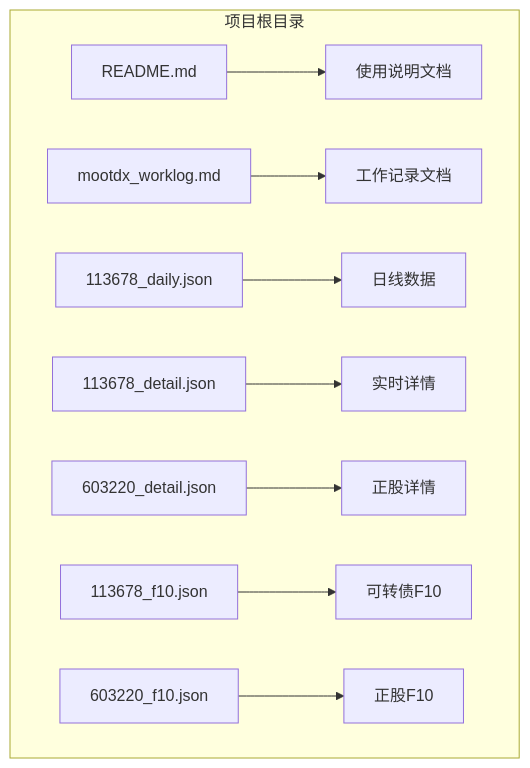
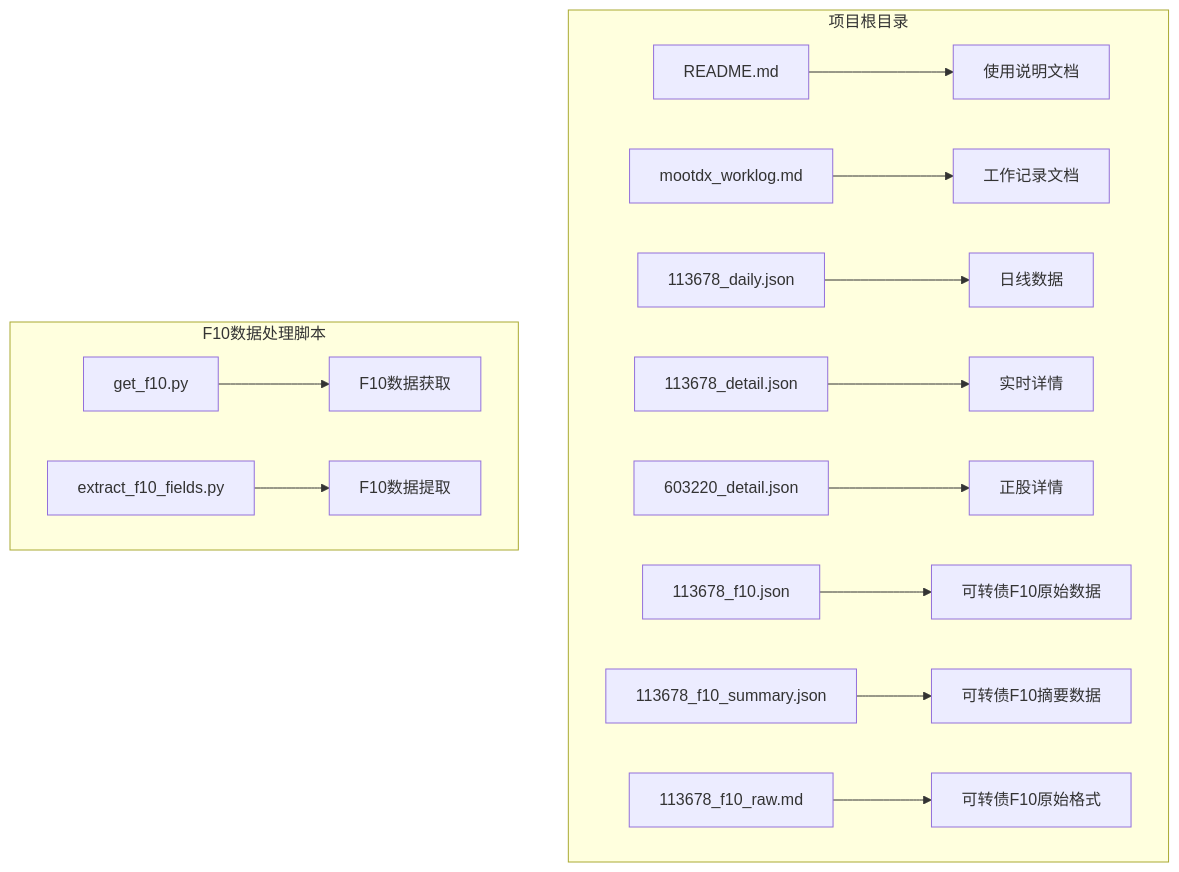
One commit to MORECORIANDERS/SCBE-web changed the first of 13 diagrams in .qoder/repowiki/zh/content/使用示例与最佳实践.md. Above: the diagram before and after it, drawn with Mermaid. The commit also changed other lines of this file and 16 other files, not shown here.

````diff
--- a/.qoder/repowiki/zh/content/使用示例与最佳实践.md
+++ b/.qoder/repowiki/zh/content/使用示例与最佳实践.md
@@ -34,12 +46,17 @@
 ```mermaid
 graph TB
 subgraph "项目根目录"
 A[README.md] --> B[使用说明文档]
 C[mootdx_worklog.md] --> D[工作记录文档]
 E[113678_daily.json] --> F[日线数据]
 G[113678_detail.json] --> H[实时详情]
 I[603220_detail.json] --> J[正股详情]
-K[113678_f10.json] --> L[可转债F10]
-M[603220_f10.json] --> N[正股F10]
+K[113678_f10.json] --> L[可转债F10原始数据]
+M[113678_f10_summary.json] --> N[可转债F10摘要数据]
+O[113678_f10_raw.md] --> P[可转债F10原始格式]
+end
+subgraph "F10数据处理脚本"
+Q[get_f10.py] --> R[F10数据获取]
+S[extract_f10_fields.py] --> T[F10数据提取]
 end
 ```
````
